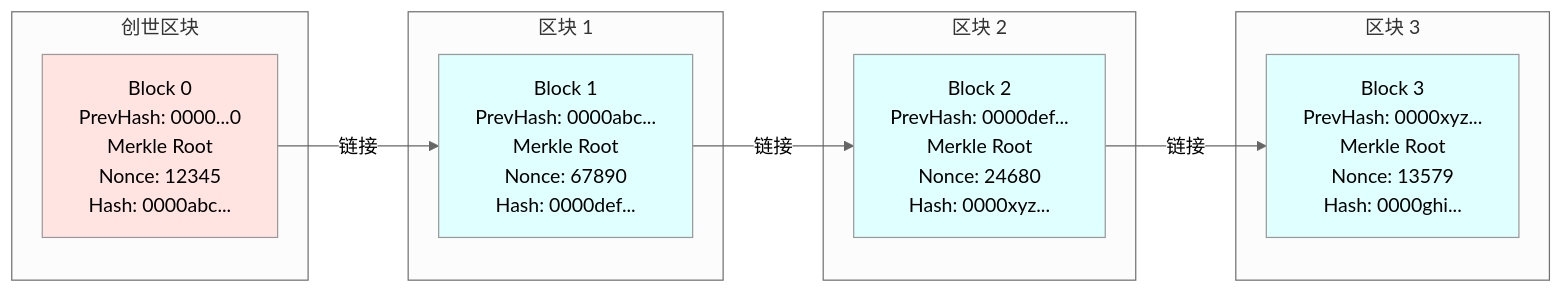
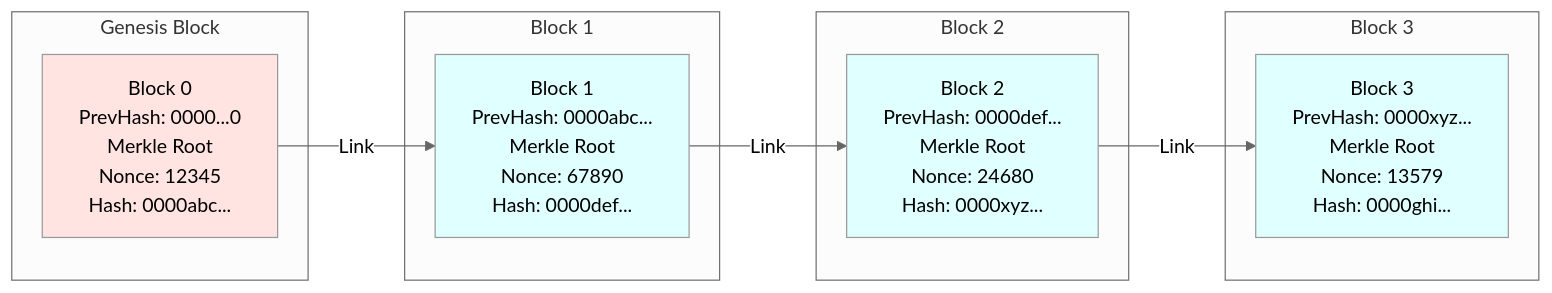
The fifth of 8 diagrams in docs/TECH_DESIGN.md (stefanSuYiGuo/bitcoin-simplifier), drawn with Mermaid (neutral theme) before and after one commit. The commit also changed other lines of this file, not shown here.

Commit message:
Detail the system architecture and component interactions

````diff
--- a/docs/TECH_DESIGN.md
+++ b/docs/TECH_DESIGN.md
@@ -296,27 +296,27 @@
 ```mermaid
 graph LR
-    subgraph "创世区块"
+    subgraph "Genesis Block"
         B0[Block 0<br/>PrevHash: 0000...0<br/>Merkle Root<br/>Nonce: 12345<br/>Hash: 0000abc...]
     end
     
-    subgraph "区块 1"
+    subgraph "Block 1"
         B1[Block 1<br/>PrevHash: 0000abc...<br/>Merkle Root<br/>Nonce: 67890<br/>Hash: 0000def...]
     end
     
-    subgraph "区块 2"
+    subgraph "Block 2"
         B2[Block 2<br/>PrevHash: 0000def...<br/>Merkle Root<br/>Nonce: 24680<br/>Hash: 0000xyz...]
     end
     
-    subgraph "区块 3"
+    subgraph "Block 3"
         B3[Block 3<br/>PrevHash: 0000xyz...<br/>Merkle Root<br/>Nonce: 13579<br/>Hash: 0000ghi...]
     end
     
-    B0 -->|链接| B1
-    B1 -->|链接| B2
-    B2 -->|链接| B3
+    B0 -->|Link| B1
+    B1 -->|Link| B2
+    B2 -->|Link| B3
     
     style B0 fill:#FFE4E1
     style B1 fill:#E0FFFF
     style B2 fill:#E0FFFF
     style B3 fill:#E0FFFF
 ```
````
